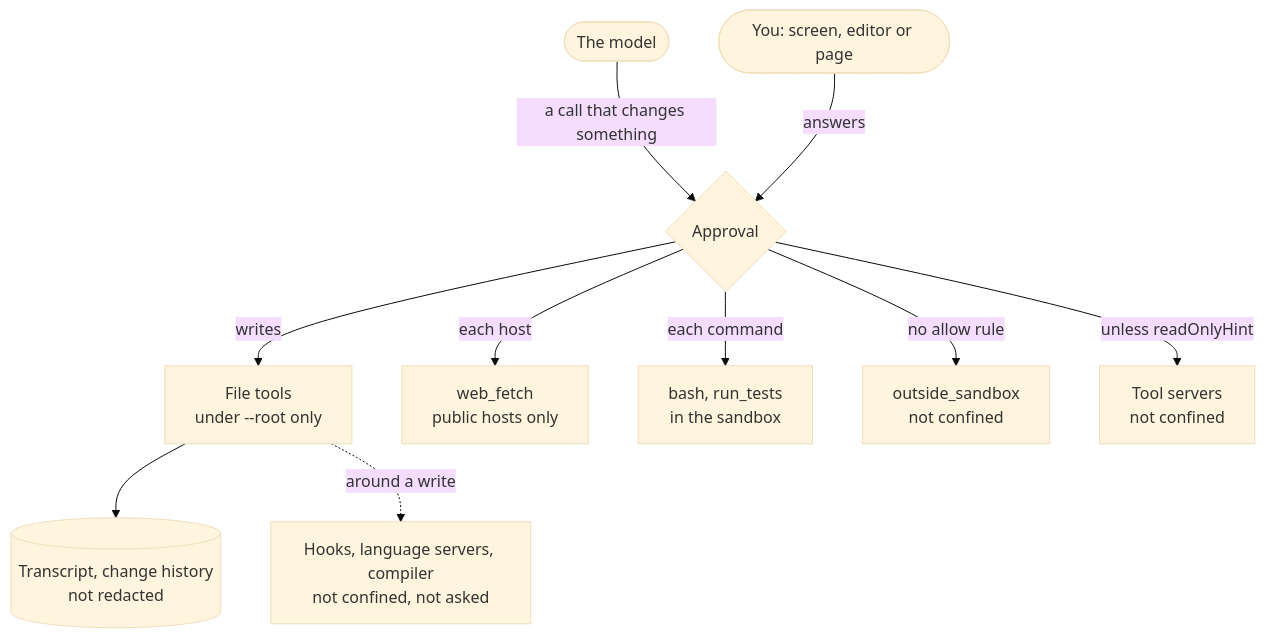
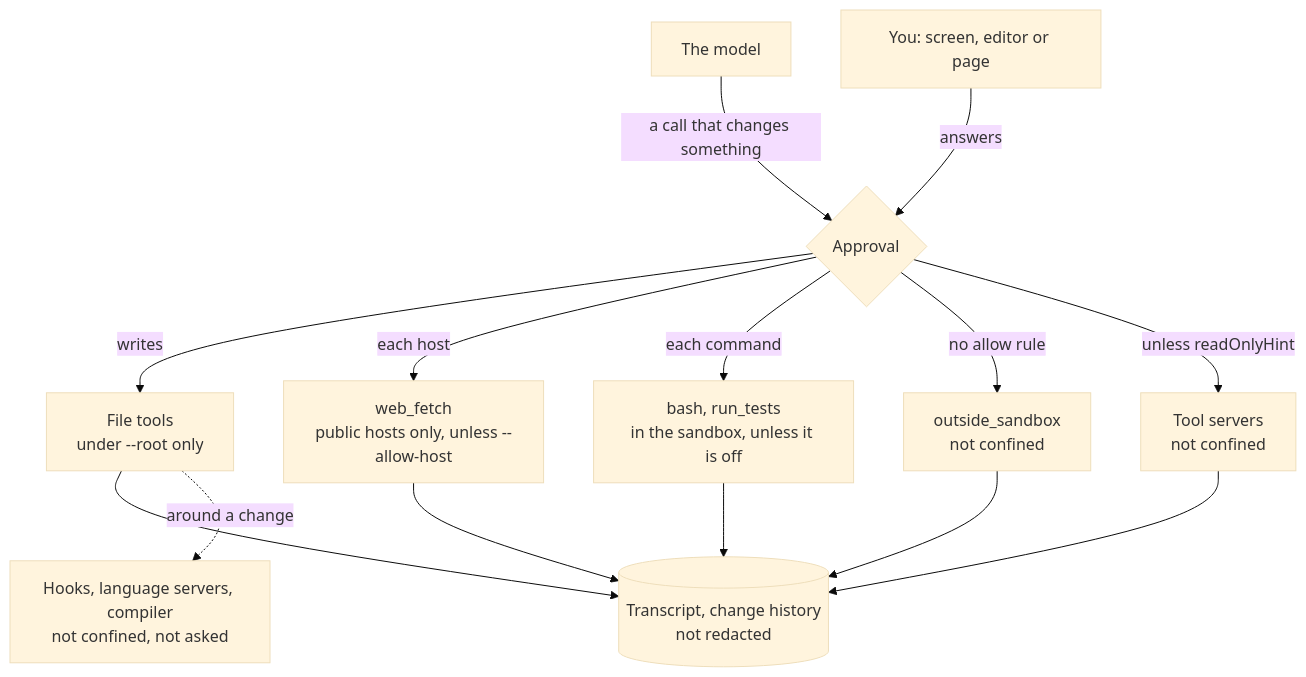
One commit to loken-ai/lokode changed the diagram in SECURITY.md. Above: the diagram before and after it, drawn with Mermaid (base theme). The commit also changed 4 other files, not shown here.

First line of the commit message:
docs: show where the flow diagrams start, end and fail

````diff
--- a/SECURITY.md
+++ b/SECURITY.md
@@ -15,22 +15,26 @@
 ```mermaid
 flowchart TD
-  model(["The model"])
-  you(["You: screen, editor or page"])
+  model["The model"]
+  you["You: screen, editor or page"]
   gate{"Approval"}
   files["File tools<br/>under --root only"]
-  fetch["web_fetch<br/>public hosts only"]
-  cmd["bash, run_tests<br/>in the sandbox"]
+  fetch["web_fetch<br/>public hosts only, unless --allow-host"]
+  cmd["bash, run_tests<br/>in the sandbox, unless it is off"]
   out["outside_sandbox<br/>not confined"]
   mcp["Tool servers<br/>not confined"]
   store[("Transcript, change history<br/>not redacted")]
   progs["Hooks, language servers, compiler<br/>not confined, not asked"]
   model -->|"a call that changes something"| gate
   you -->|"answers"| gate
   gate -->|"writes"| files
   gate -->|"each host"| fetch
   gate -->|"each command"| cmd
   gate -->|"no allow rule"| out
   gate -->|"unless readOnlyHint"| mcp
   files --> store
-  files -.->|"around a write"| progs
+  fetch --> store
+  cmd --> store
+  out --> store
+  mcp --> store
+  files -.->|"around a change"| progs
 ```
````
